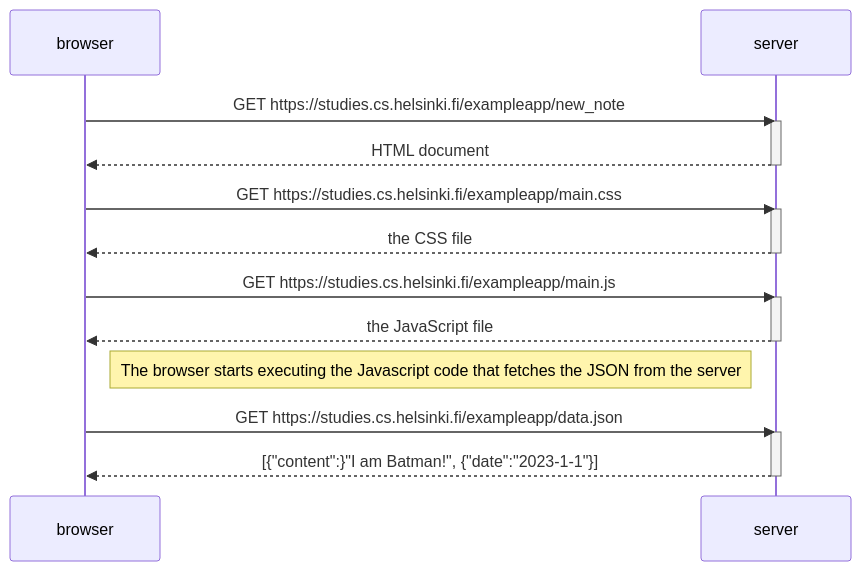
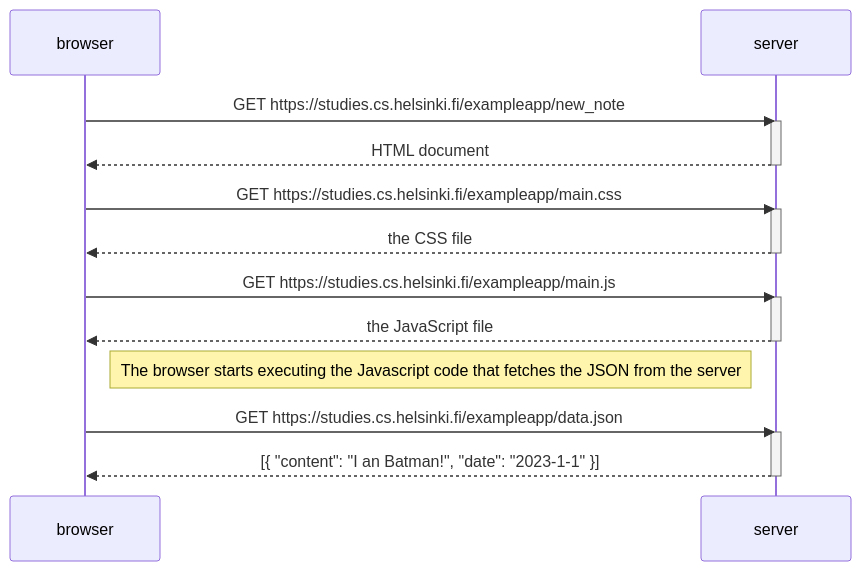
One commit to skywokerr/FullStack--Open changed the diagram in part 0/new note diagram.md. Above: the diagram before and after it, drawn with Mermaid.

Commit message:
updated the new note diagram

````diff
--- a/part 0/new note diagram.md
+++ b/part 0/new note diagram.md
@@ -1,27 +1,27 @@
 ```mermaid
 sequenceDiagram
     participant browser
     participant server
 
     browser ->> server: GET https://studies.cs.helsinki.fi/exampleapp/new_note
     activate server
     server -->> browser: HTML document
     deactivate server
 
     browser ->> server: GET https://studies.cs.helsinki.fi/exampleapp/main.css
     activate server
     server -->> browser: the CSS file
     deactivate server
 
     browser ->> server: GET https://studies.cs.helsinki.fi/exampleapp/main.js
     activate server
     server -->> browser: the JavaScript file
     deactivate server
 
     Note right of browser: The browser starts executing the Javascript code that fetches the JSON from the server
 
     browser ->> server: GET https://studies.cs.helsinki.fi/exampleapp/data.json
     activate server
-    server -->> browser: [{"content":}"I am Batman!", {"date":"2023-1-1"}]
+    server -->> browser: [{ "content": "I an Batman!", "date": "2023-1-1" }]
     deactivate server
 ```
````
